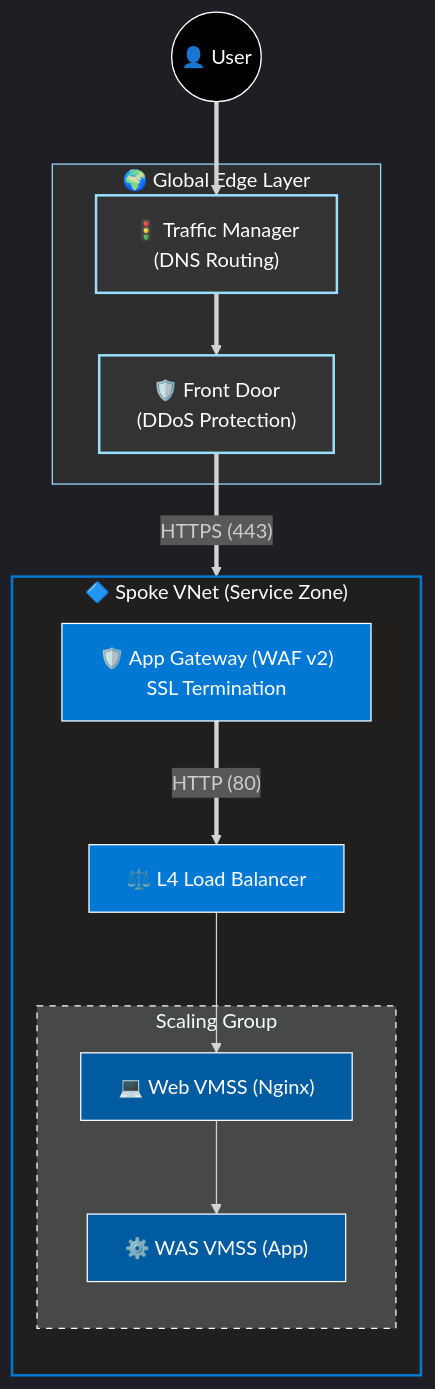
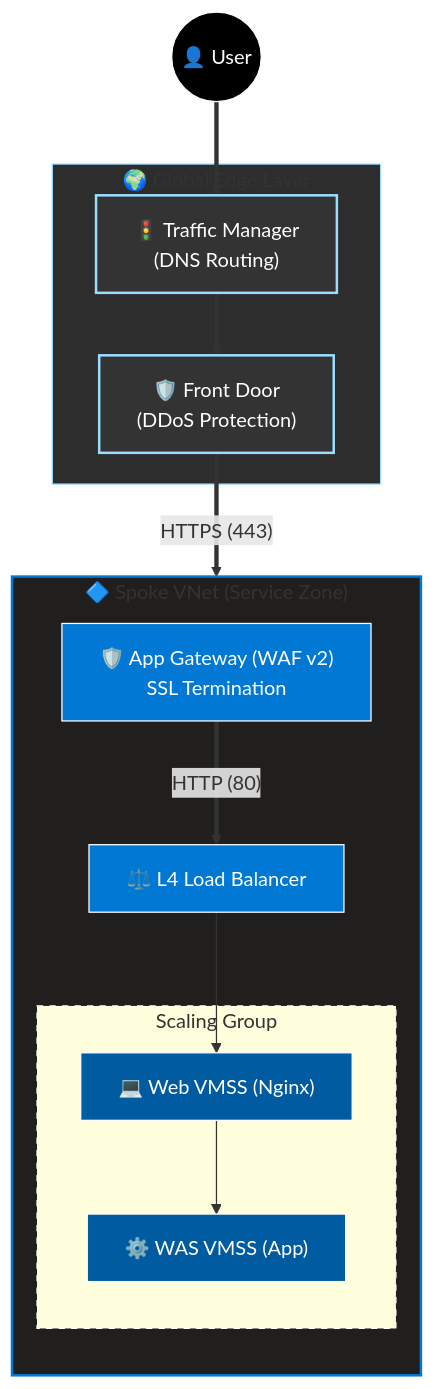
Before and after one commit to HamaPr/HamaPr.github.io: the second of 4 diagrams in _posts/security-architecture/2025-12-01-Terraform-basedAzureSecurityArchitecture.md, drawn with Mermaid. The commit also changed other lines of this file, not shown here.

````diff
--- a/_posts/security-architecture/2025-12-01-Terraform-basedAzureSecurityArchitecture.md
+++ b/_posts/security-architecture/2025-12-01-Terraform-basedAzureSecurityArchitecture.md
@@ -171,41 +173,40 @@
 ```mermaid
-%%{init: {'theme': 'dark', 'flowchart': {'width': 600}}}%%
 flowchart TD
     %% --- Style Definitions ---
     classDef edge fill:#333,stroke:#9df,stroke-width:2px,color:#fff;
     classDef net fill:#0078D4,stroke:#fff,color:#fff;
     classDef compute fill:#005BA1,stroke:#fff,color:#fff;
     classDef user fill:#000,stroke:#fff,color:#fff;
 
     %% --- Nodes ---
     User(("👤 User")):::user
     
     subgraph Edge ["🌍 Global Edge Layer"]
         TM["🚦 Traffic Manager<br/>(DNS Routing)"]:::edge
         FD["🛡️ Front Door<br/>(DDoS Protection)"]:::edge
     end
     
     subgraph Spoke ["🔷 Spoke VNet (Service Zone)"]
         direction TB
         AppGW["🛡️ App Gateway (WAF v2)<br/>SSL Termination"]:::net
         LB["⚖️ L4 Load Balancer"]:::net
         
         subgraph VMSS_Group ["Scaling Group"]
             Web["💻 Web VMSS (Nginx)"]:::compute
             WAS["⚙️ WAS VMSS (App)"]:::compute
         end
     end
 
     %% --- Flows ---
     User ==> TM
     TM ==> FD
     FD ==>|"HTTPS (443)"| AppGW
     AppGW ==>|"HTTP (80)"| LB
     LB --> Web
     Web --> WAS
 
     %% --- Styling the Subgraphs ---
     style Edge fill:#2d2d2d,stroke:#9df
     style Spoke fill:#201F1E,stroke:#0078D4,stroke-width:2px
     style VMSS_Group fill:#transparent,stroke:#fff,stroke-dasharray: 5 5
 ```
````
